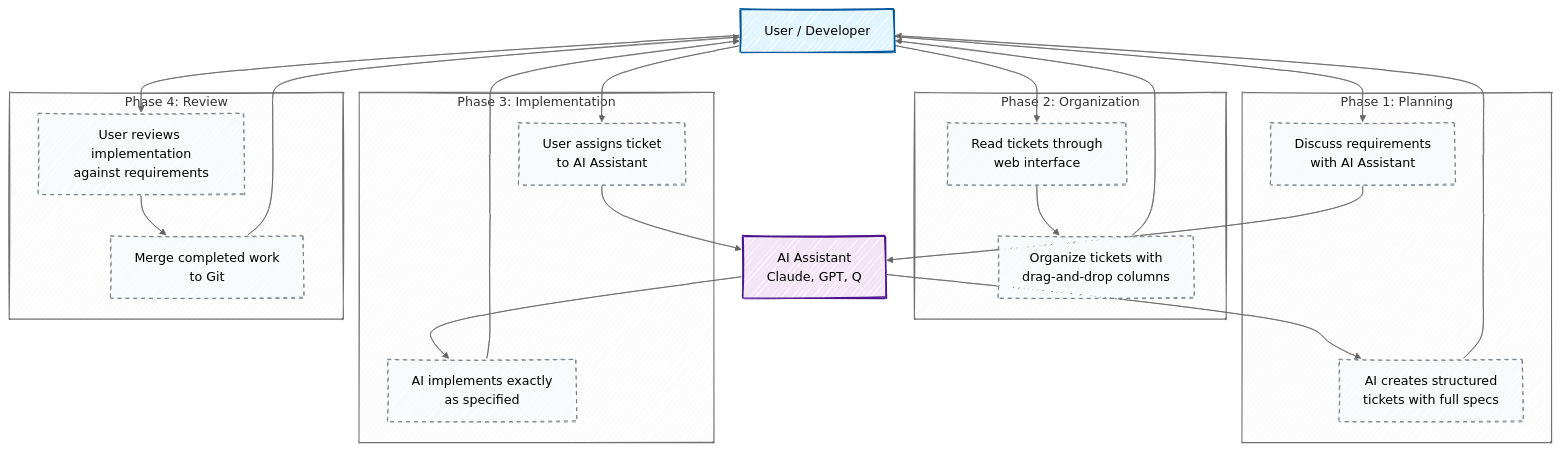
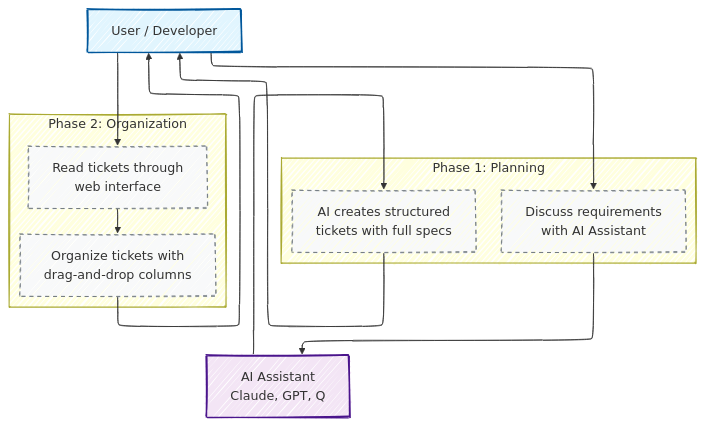
Before and after one commit to andkirby/markdown-ticket: the first of 2 diagrams in README.md, drawn with Mermaid. The commit also changed other lines of this file, not shown here.

Commit message:
docs: split workflow diagram into two sections for clarity

````diff
--- a/README.md
+++ b/README.md
@@ -67,54 +69,35 @@
 ```mermaid
 ---
 config:
+  layout: elk
   look: handDrawn
-  theme: neutral
 ---
 flowchart TD
     User[User / Developer]
     LLM[AI Assistant<br/>Claude, GPT, Q]
 
     subgraph "Phase 1: Planning"
         A1[Discuss requirements<br/>with AI Assistant]
         A2[AI creates structured<br/>tickets with full specs]
     end
 
     subgraph "Phase 2: Organization"
         B1[Read tickets through<br/>web interface]
         B2[Organize tickets with<br/>drag-and-drop columns]
     end
 
-    subgraph "Phase 3: Implementation"
-        C1[User assigns ticket<br/>to AI Assistant]
-        C2[AI implements exactly<br/>as specified]
-    end
-
-    subgraph "Phase 4: Review"
-        D1[User reviews implementation<br/>against requirements]
-        D2[Merge completed work<br/>to Git]
-    end
-
     User --> A1
     A1 --> LLM
     LLM --> A2
     A2 --> User
 
     User --> B1
     B1 --> B2
     B2 --> User
 
-    User --> C1
-    C1 --> LLM
-    LLM --> C2
-    C2 --> User
-
-    User --> D1
-    D1 --> D2
-    D2 --> User
-
     style User fill:#e1f5fe,stroke:#01579b,stroke-width:2px
     style LLM fill:#f3e5f5,stroke:#4a148c,stroke-width:2px
 
     classDef phaseBox fill:#f8f9fa,stroke:#6c757d,stroke-width:1px,stroke-dasharray: 5 5
-    class A1,A2,B1,B2,C1,C2,D1,D2 phaseBox
+    class A1,A2,B1,B2 phaseBox
 ```
````
